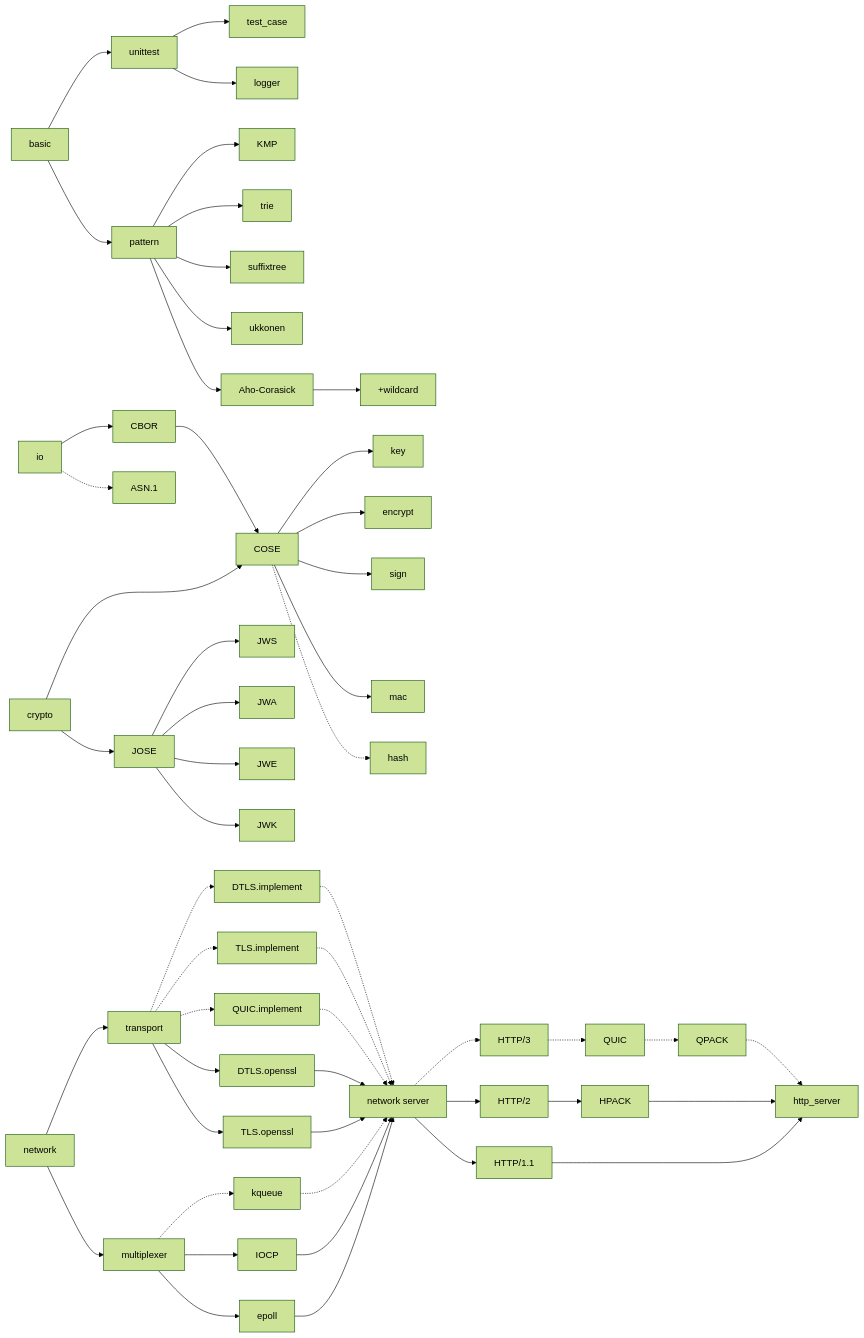
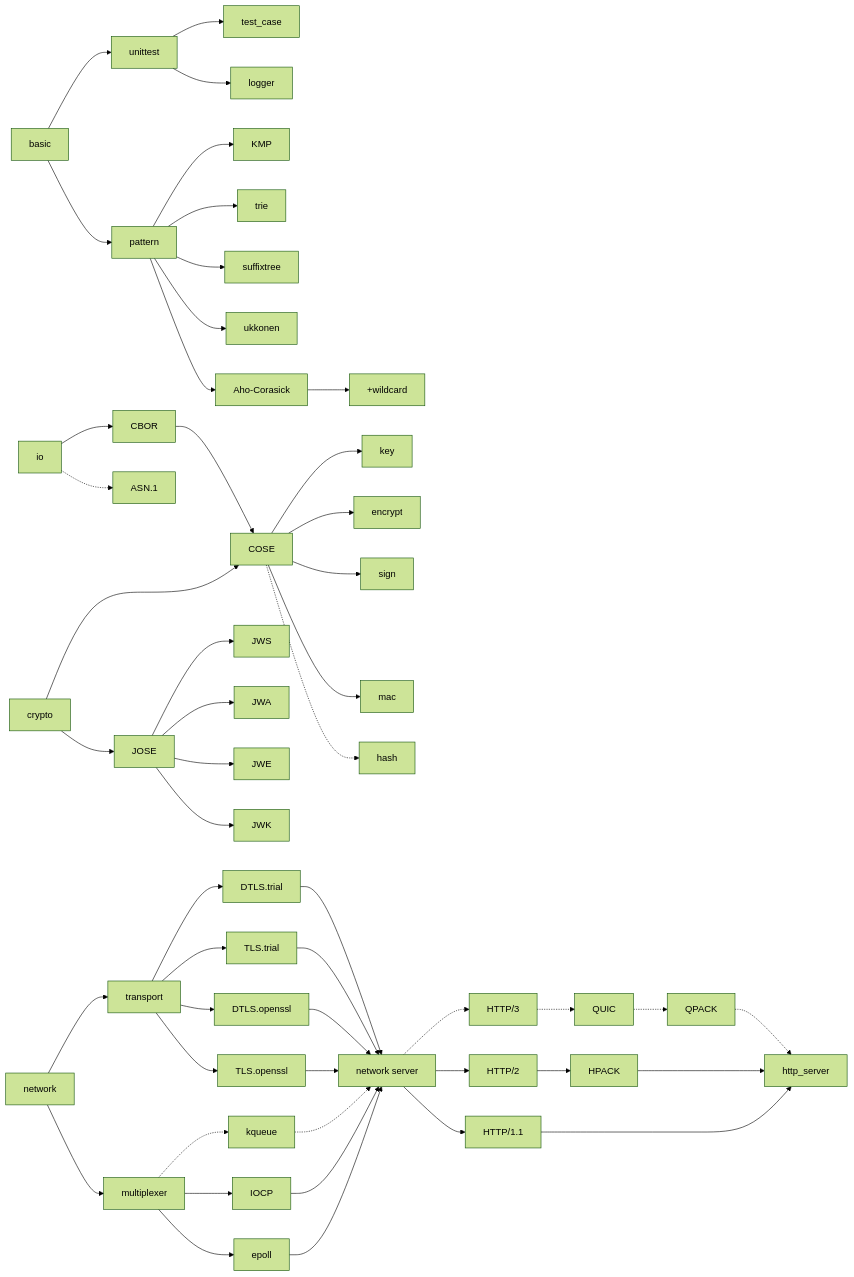
Before and after one commit to princeb612/hotplace: the diagram in DEVNOTES.md, drawn with Mermaid (forest theme). The commit also changed 33 other files, not shown here.

```diff
--- a/DEVNOTES.md
+++ b/DEVNOTES.md
@@ -140,22 +140,19 @@
 
   DB1[TLS.openssl];
   DB2[DTLS.openssl];
-  DB3[QUIC.implement];
-  DB4[TLS.implement];
-  DB5[DTLS.implement];
+  DB4[TLS.trial];
+  DB5[DTLS.trial];
   DB --> DB1;
   DB --> DB2;
-  DB -.-> DB3;
-  DB -.-> DB4;
-  DB -.-> DB5;
+  DB --> DB4;
+  DB --> DB5;
   DA1 --> DC;
   DA2 --> DC;
   DA3 -.-> DC;
   DB1 --> DC;
   DB2 --> DC;
-  DB3 -.-> DC;
-  DB4 -.-> DC;
-  DB5 -.-> DC;
+  DB4 --> DC;
+  DB5 --> DC;
 
   DC[network server];
   DC1[HTTP/1.1];
```
